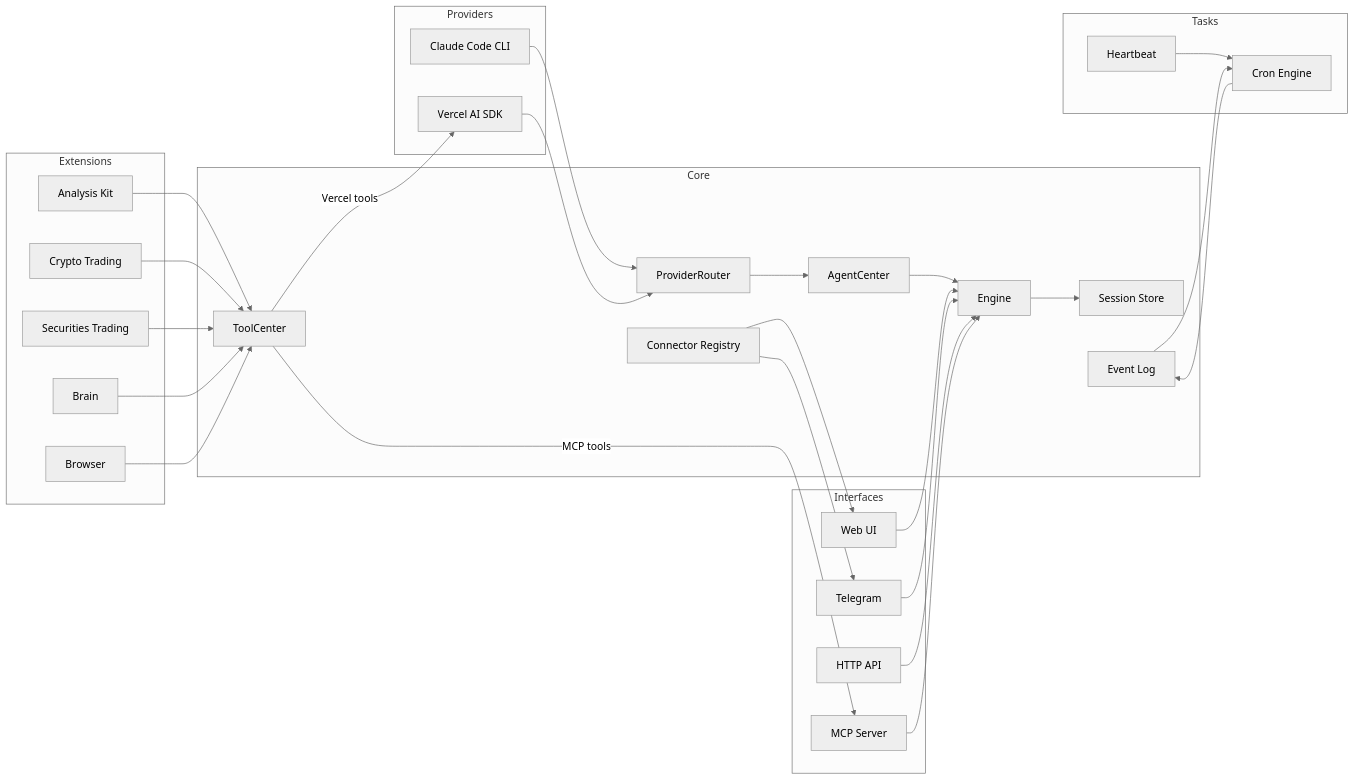
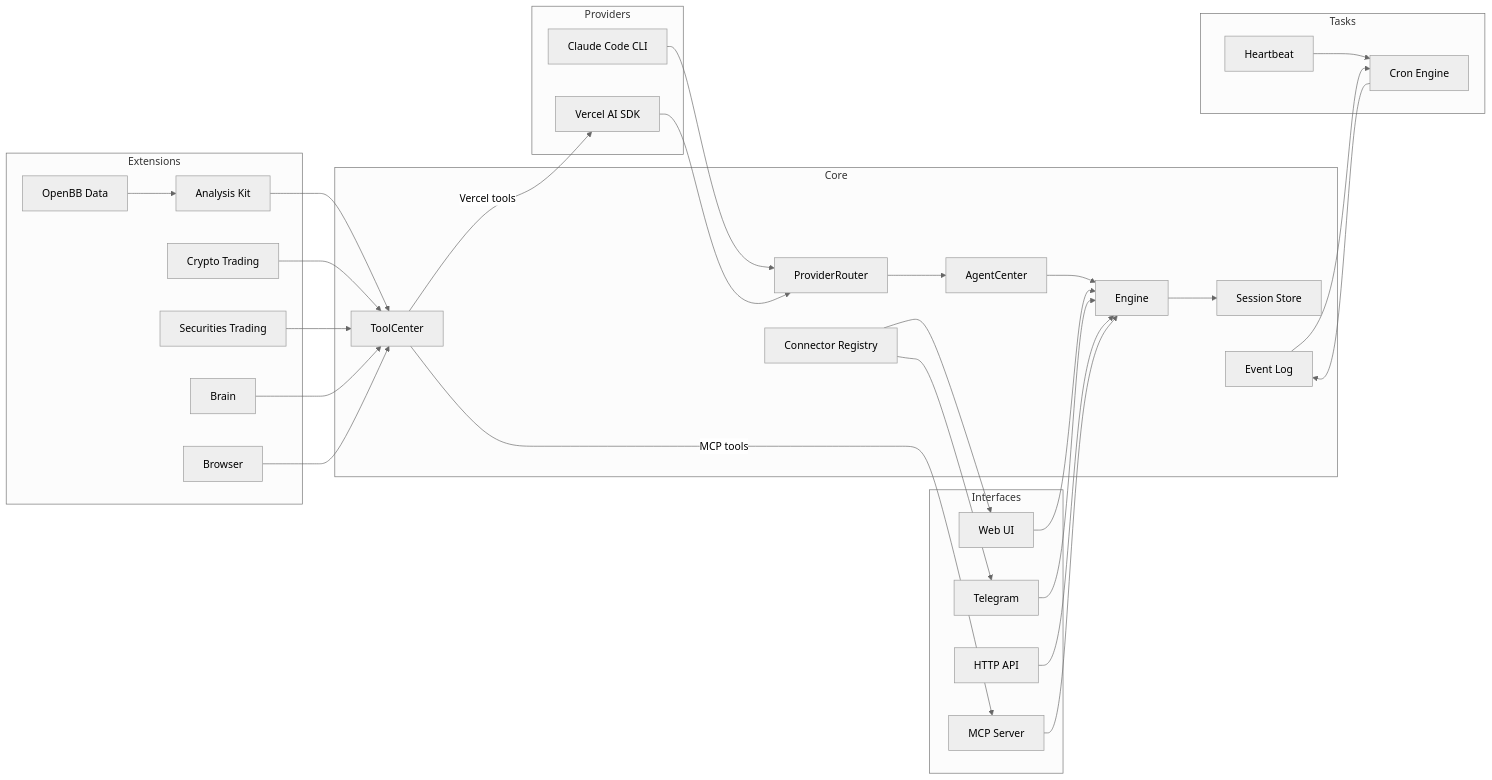
The diagram in README.md (imsatoshi/TradeClaw), drawn with Mermaid (neutral theme) before and after one commit. The commit also changed other lines of this file, not shown here.

First line of the commit message:
docs: sync README with OpenBB integration and provider default change

````diff
--- a/README.md
+++ b/README.md
@@ -31,58 +31,60 @@
 ```mermaid
 graph LR
   subgraph Providers
     CC[Claude Code CLI]
     VS[Vercel AI SDK]
   end
 
   subgraph Core
     PR[ProviderRouter]
     AC[AgentCenter]
     E[Engine]
     TC[ToolCenter]
     S[Session Store]
     EL[Event Log]
     CR[Connector Registry]
   end
 
   subgraph Extensions
+    OBB[OpenBB Data]
     AK[Analysis Kit]
     CT[Crypto Trading]
     ST[Securities Trading]
     BR[Brain]
     BW[Browser]
   end
 
   subgraph Tasks
     CRON[Cron Engine]
     HB[Heartbeat]
   end
 
   subgraph Interfaces
     WEB[Web UI]
     TG[Telegram]
     HTTP[HTTP API]
     MCP[MCP Server]
   end
 
   CC --> PR
   VS --> PR
   PR --> AC
   AC --> E
   E --> S
   TC -->|Vercel tools| VS
   TC -->|MCP tools| MCP
+  OBB --> AK
   AK --> TC
   CT --> TC
   ST --> TC
   BR --> TC
   BW --> TC
   CRON --> EL
   HB --> CRON
   EL --> CRON
   CR --> WEB & TG
   WEB --> E
   TG --> E
   HTTP --> E
   MCP --> E
 ```
````
